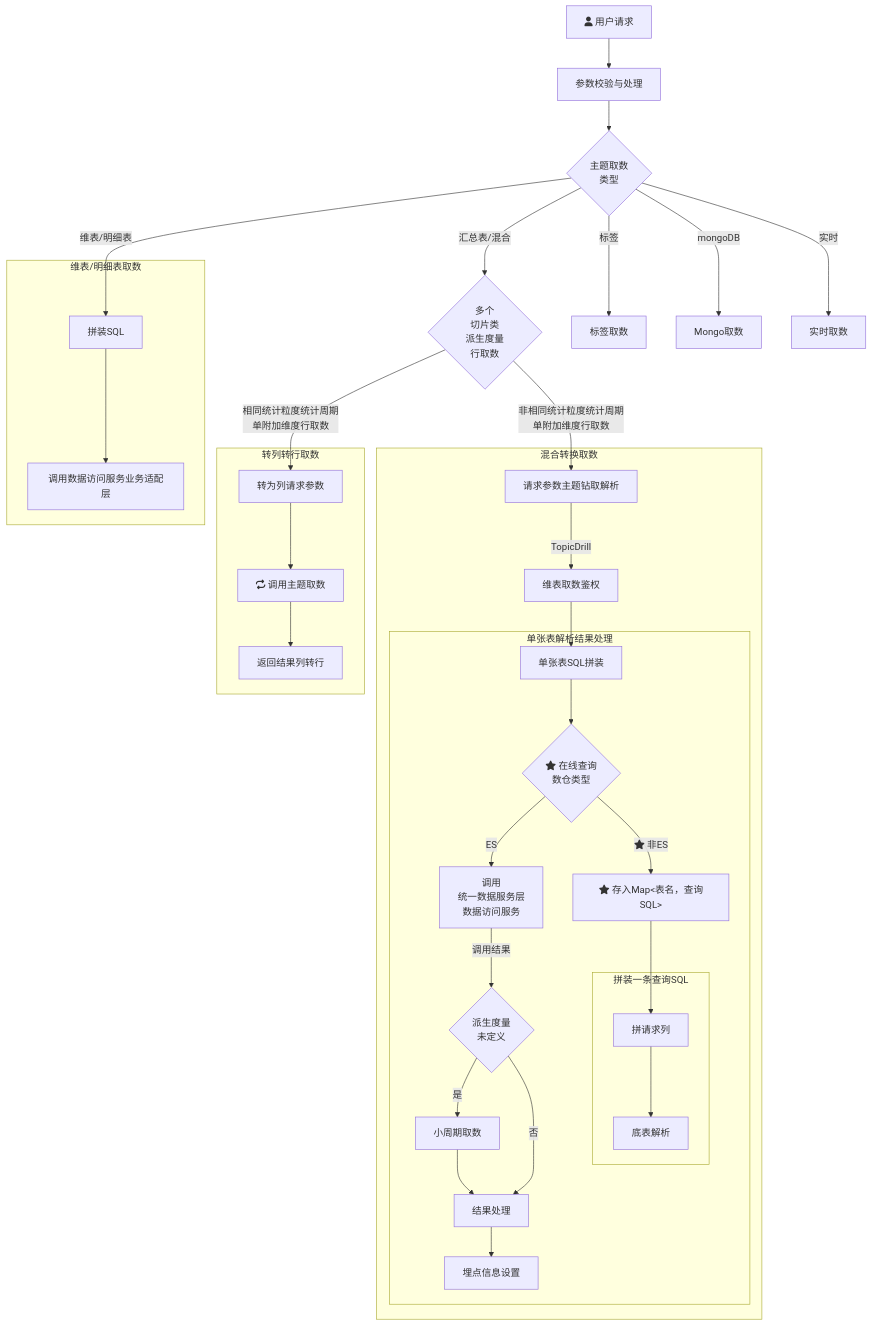
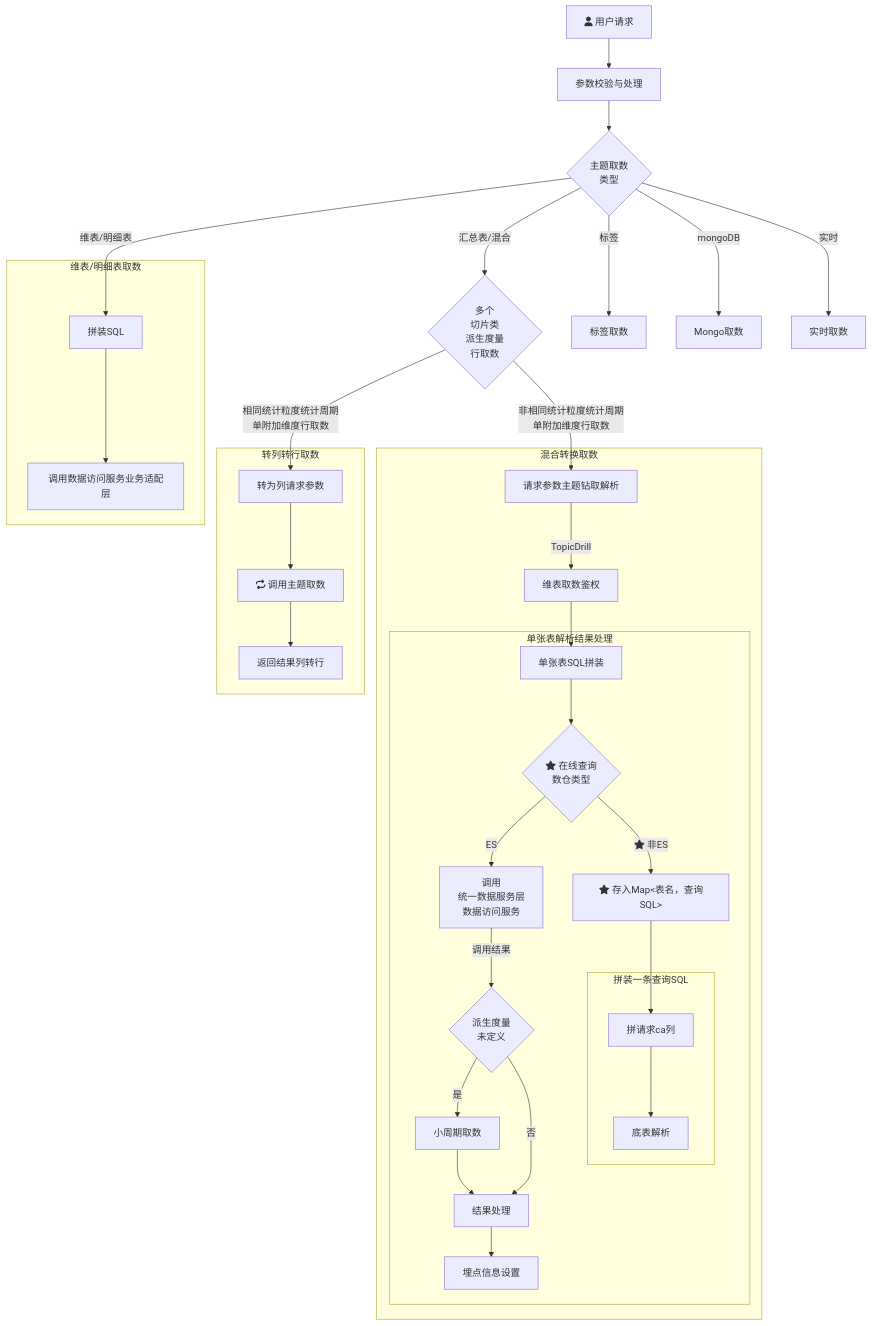
Before and after one commit to yanglosm/iodraw-files: the diagram in all/未命名.md, drawn with Mermaid.

Commit message:
2024-11-29 19:35:22 update

````diff
--- a/all/未命名.md
+++ b/all/未命名.md
@@ -1,30 +1,30 @@
 ```mermaid
 flowchart TD
     A[fa:fa-user 用户请求] -->A1[参数校验与处理] --> B{主题取数\n类型}
     B -->|维表/明细表| D[拼装SQL]
     B -->|汇总表/混合| E{多个\n切片类\n派生度量\n行取数}
     B -->|标签| F[标签取数]
     B -->|mongoDB| G[Mongo取数]
     B -->|实时| H[实时取数]
     E -->|相同统计粒度统计周期\n单附加维度行取数| E1[转为列请求参数]
     E -->|非相同统计粒度统计周期\n单附加维度行取数| T1[请求参数主题钻取解析]
     subgraph 维表/明细表取数
     D-->D1[调用数据访问服务业务适配层]
     end
     subgraph 转列转行取数
     E1-->E11[fa:fa-repeat 调用主题取数]-->E12[返回结果列转行]
     end
     subgraph 混合转换取数
     T1-->|TopicDrill| T2[维表取数鉴权] --> T31[单张表SQL拼装]
         subgraph 单张表解析结果处理
         T31 --> T4{fa:fa-star 在线查询\n数仓类型}-->|ES|T32[调用\n统一数据服务层\n数据访问服务] --> |调用结果|T33{派生度量\n未定义}
         T33 --> |是|T33_1[小周期取数]-->T34[结果处理]-->T35[埋点信息设置]
         T33 --> |否|T34
         T4 --> |fa:fa-star 非ES|T41["fa:fa-star 存入Map<表名，查询SQL>"]
-        T41 --> T42[拼请求列]
+        T41 --> T42[拼请求ca列]
             subgraph 拼装一条查询SQL
-            T42 --> M1[底表解析] 
+            T42 --> M1[底表解析]
             end
         end
     end
 ```
````
